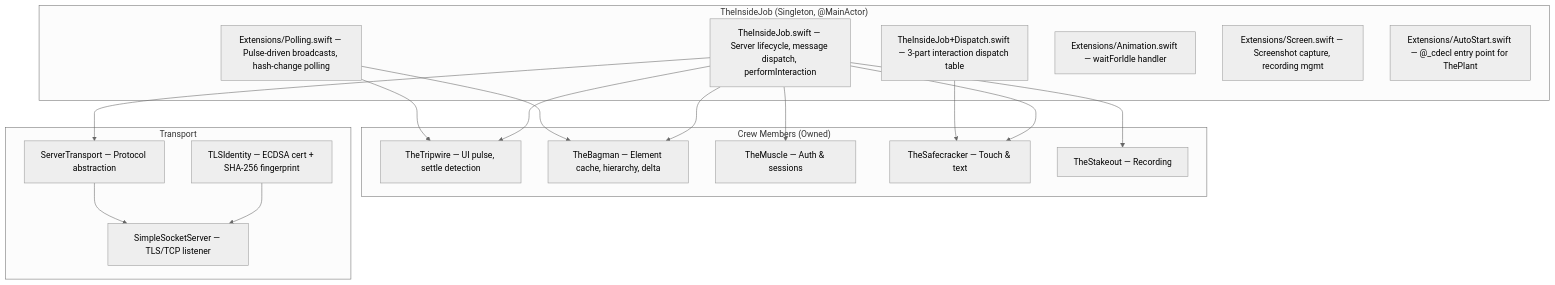
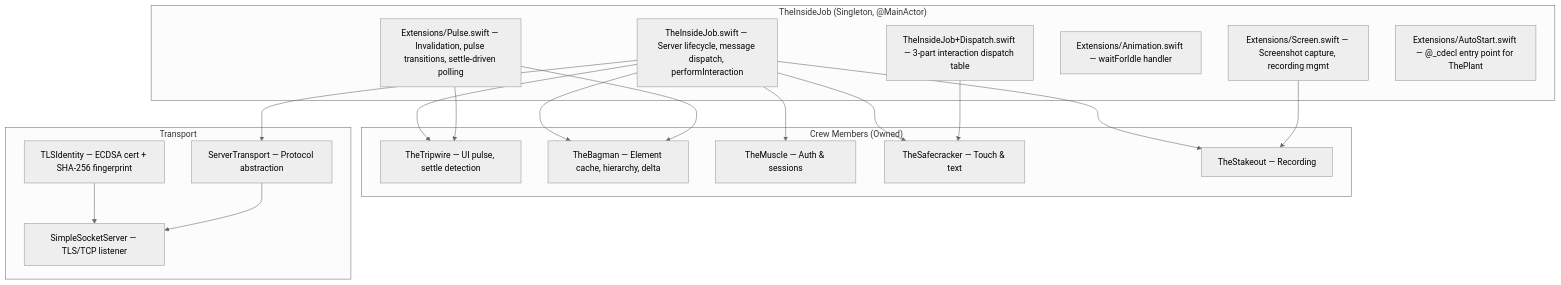
One commit to RoyalPineapple/TheButtonHeist changed the first of 5 diagrams in docs/dossiers/07-THEINSIDEJOB.md. Above: the diagram before and after it, drawn with Mermaid (neutral theme). The commit also changed other lines of this file and 61 other files, not shown here.

````diff
--- a/docs/dossiers/07-THEINSIDEJOB.md
+++ b/docs/dossiers/07-THEINSIDEJOB.md
@@ -23,37 +23,38 @@
 ```mermaid
 graph TD
     subgraph TheInsideJob["TheInsideJob (Singleton, @MainActor)"]
         Core["TheInsideJob.swift — Server lifecycle, message dispatch, performInteraction"]
         Dispatch["TheInsideJob+Dispatch.swift — 3-part interaction dispatch table"]
-        Poll["Extensions/Polling.swift — Pulse-driven broadcasts, hash-change polling"]
+        Pulse["Extensions/Pulse.swift — Invalidation, pulse transitions, settle-driven polling"]
         Anim["Extensions/Animation.swift — waitForIdle handler"]
         Screen["Extensions/Screen.swift — Screenshot capture, recording mgmt"]
         Auto["Extensions/AutoStart.swift — @_cdecl entry point for ThePlant"]
     end
 
     subgraph Crew["Crew Members (Owned)"]
         Tripwire["TheTripwire — UI pulse, settle detection"]
         Bagman["TheBagman — Element cache, hierarchy, delta"]
         Muscle["TheMuscle — Auth & sessions"]
         Safecracker["TheSafecracker — Touch & text"]
         Stakeout["TheStakeout — Recording"]
     end
 
     subgraph Transport["Transport"]
         Server["SimpleSocketServer — TLS/TCP listener"]
         STransport["ServerTransport — Protocol abstraction"]
         TLS["TLSIdentity — ECDSA cert + SHA-256 fingerprint"]
     end
 
     TLS --> Server
     STransport --> Server
     Core --> Muscle
     Core --> Safecracker
     Core --> Stakeout
     Core --> Tripwire
     Core --> Bagman
     Core --> STransport
     Dispatch --> Safecracker
-    Poll --> Tripwire
-    Poll --> Bagman
+    Pulse --> Bagman
+    Pulse --> Tripwire
+    Screen --> Stakeout
 ```
````
